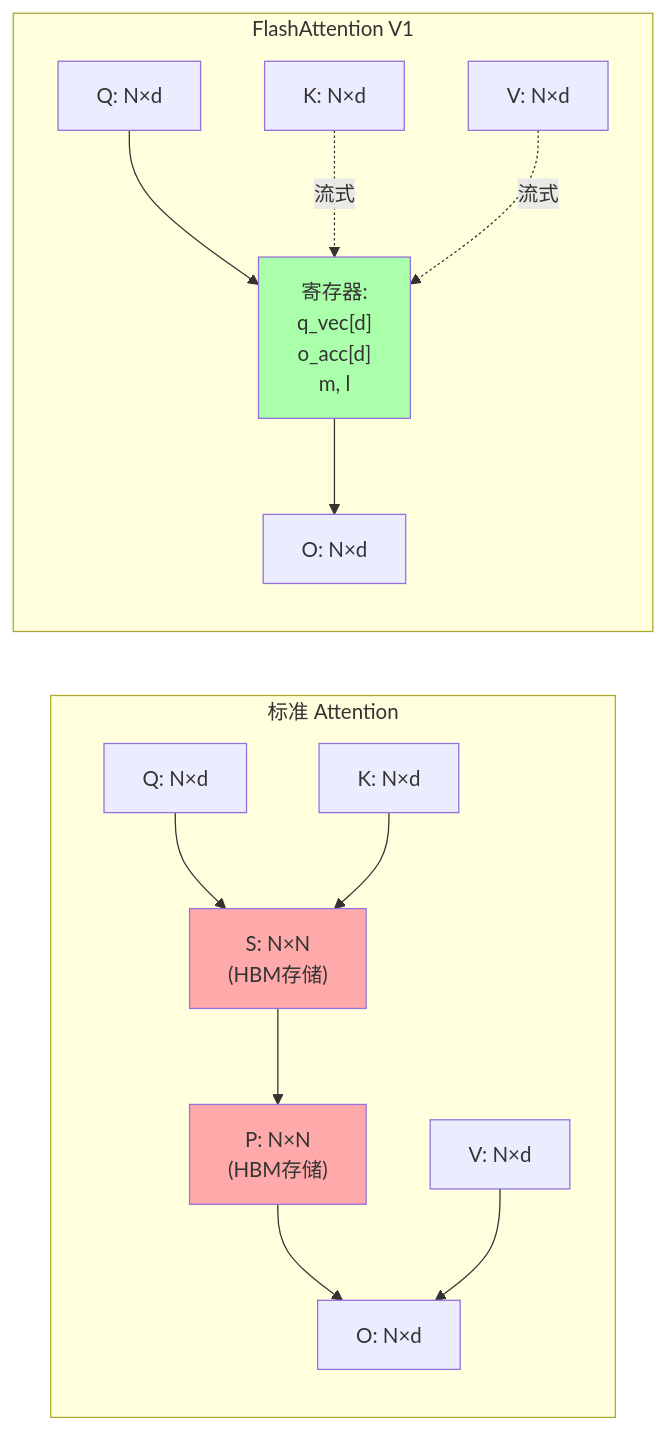
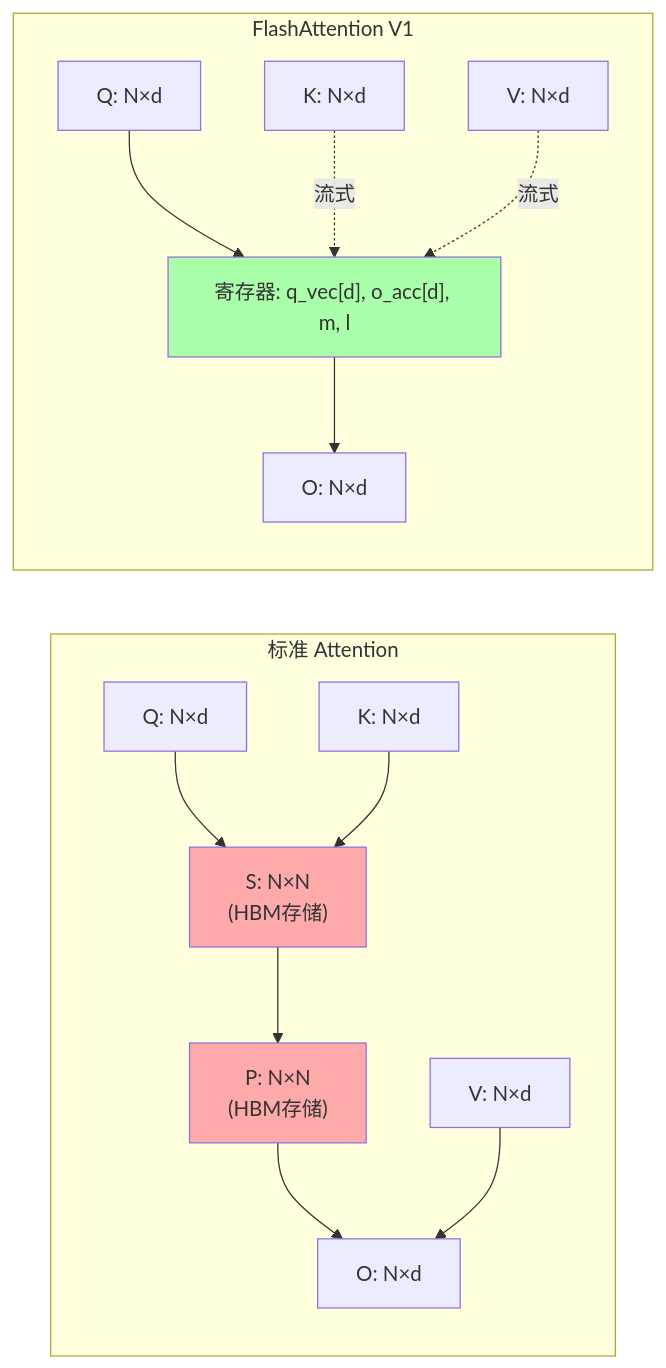
Before and after one commit to hzchenxiaobin/LLM: the seventh of 7 diagrams in flashattention/docs/V1_ALGORITHM_VISUAL.md, drawn with Mermaid. The commit also changed other lines of this file, not shown here.

First line of the commit message:
Fix mermaid diagram rendering in V1_ALGORITHM_VISUAL.md

````diff
--- a/flashattention/docs/V1_ALGORITHM_VISUAL.md
+++ b/flashattention/docs/V1_ALGORITHM_VISUAL.md
@@ -358,36 +358,36 @@
 ```mermaid
 flowchart LR
     subgraph StdAttention[标准 Attention]
         direction TB
         Q1[Q: N×d]
         K1[K: N×d]
         V1[V: N×d]
         S1["S: N×N<br/>(HBM存储)"]
         P1["P: N×N<br/>(HBM存储)"]
         O1[O: N×d]
 
         Q1 --> S1
         K1 --> S1
         S1 --> P1
         P1 --> O1
         V1 --> O1
     end
 
     subgraph FlashV1[FlashAttention V1]
         direction TB
         Q2[Q: N×d]
         K2[K: N×d]
         V2[V: N×d]
-        REG["寄存器:<br/>q_vec[d]<br/>o_acc[d]<br/>m, l"]
+        REG["寄存器: q_vec[d], o_acc[d], m, l"]
         O2[O: N×d]
 
         Q2 --> REG
         K2 -.流式.-> REG
         V2 -.流式.-> REG
         REG --> O2
     end
 
     style S1 fill:#faa
     style P1 fill:#faa
     style REG fill:#afa
 ```
````
